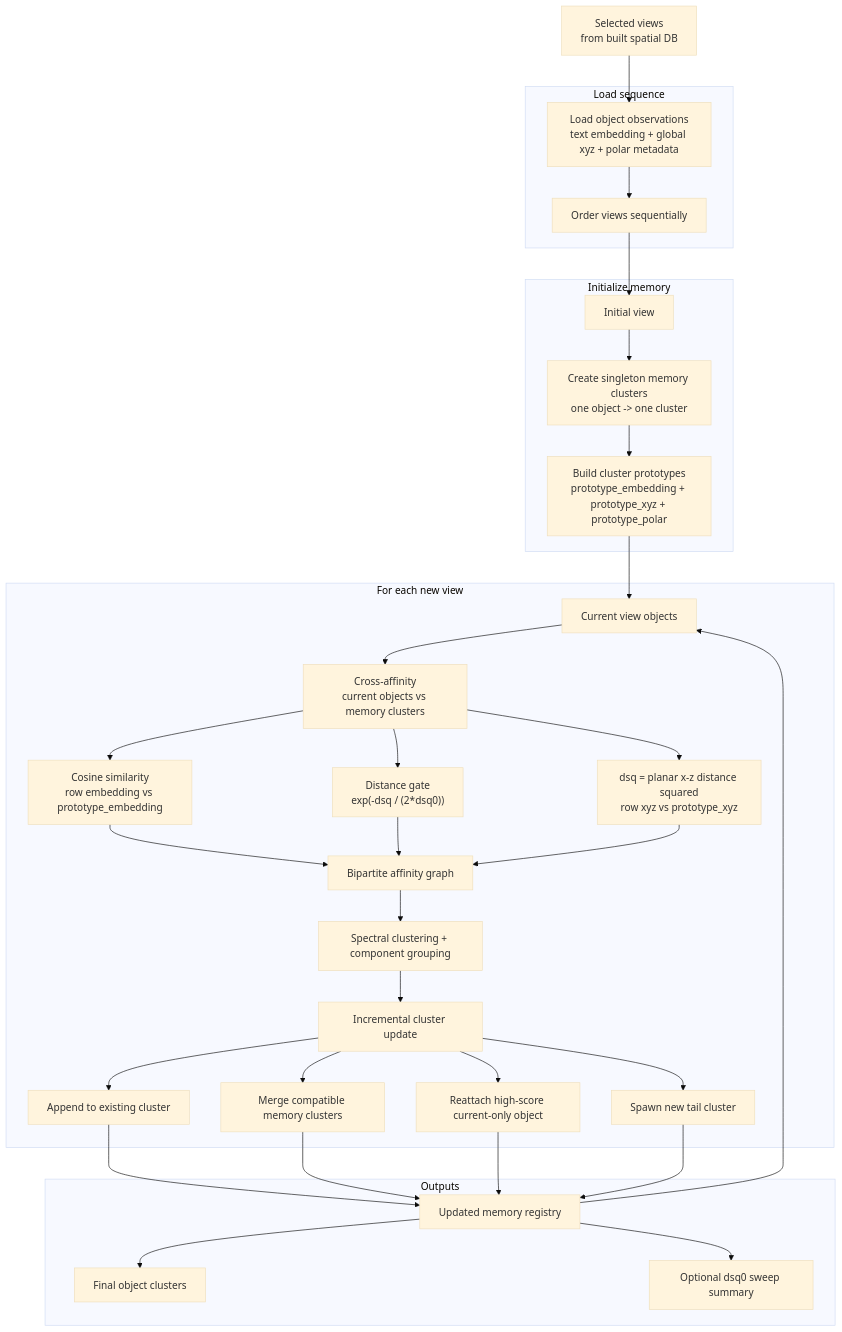
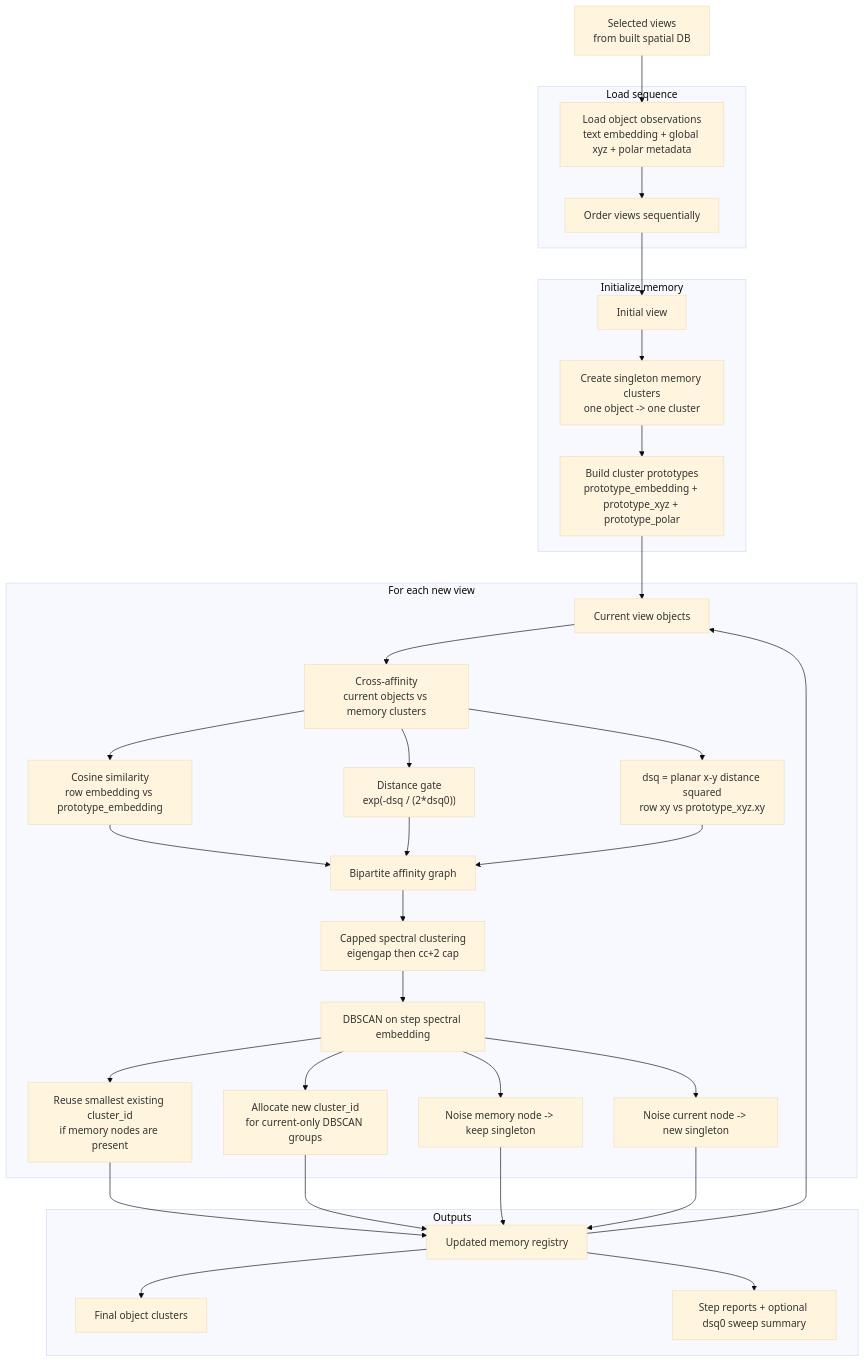
The second of 2 diagrams in README.md (YuhengLiu6/SpacialRAG), drawn with Mermaid (base theme) before and after one commit. The commit also changed other lines of this file and 176 other files, not shown here.

````diff
--- a/README.md
+++ b/README.md
@@ -544,65 +643,65 @@
 ```mermaid
 flowchart TD
     A["Selected views<br/>from built spatial DB"]
 
     subgraph S1["Load sequence"]
         B["Load object observations<br/>text embedding + global xyz + polar metadata"]
         C["Order views sequentially"]
     end
 
     subgraph S2["Initialize memory"]
         D["Initial view"]
         E["Create singleton memory clusters<br/>one object -> one cluster"]
         E2["Build cluster prototypes<br/>prototype_embedding + prototype_xyz + prototype_polar"]
     end
 
     subgraph S3["For each new view"]
         F["Current view objects"]
 
         G["Cross-affinity<br/>current objects vs memory clusters"]
         G1["Cosine similarity<br/>row embedding vs prototype_embedding"]
         G2["Distance gate<br/>exp(-dsq / (2*dsq0))"]
-        G3["dsq = planar x-z distance squared<br/>row xyz vs prototype_xyz"]
+        G3["dsq = planar x-y distance squared<br/>row xy vs prototype_xyz.xy"]
 
         H["Bipartite affinity graph"]
-        I["Spectral clustering + component grouping"]
+        I["Capped spectral clustering<br/>eigengap then cc+2 cap"]
 
-        J["Incremental cluster update"]
-        J1["Append to existing cluster"]
-        J2["Merge compatible memory clusters"]
-        J3["Reattach high-score current-only object"]
-        J4["Spawn new tail cluster"]
+        J["DBSCAN on step spectral embedding"]
+        J1["Reuse smallest existing cluster_id<br/>if memory nodes are present"]
+        J2["Allocate new cluster_id<br/>for current-only DBSCAN groups"]
+        J3["Noise memory node -> keep singleton"]
+        J4["Noise current node -> new singleton"]
     end
 
     subgraph S4["Outputs"]
         K["Updated memory registry"]
         L["Final object clusters"]
-        M["Optional dsq0 sweep summary"]
+        M["Step reports + optional dsq0 sweep summary"]
     end
 
     A --> B --> C --> D --> E --> E2 --> F
 
     F --> G
     G --> G1
     G --> G2
     G --> G3
     G1 --> H
     G2 --> H
     G3 --> H
 
     H --> I --> J
     J --> J1
     J --> J2
     J --> J3
     J --> J4
 
     J1 --> K
     J2 --> K
     J3 --> K
     J4 --> K
 
     K --> F
     K --> L
     K --> M
 
 ```
````
